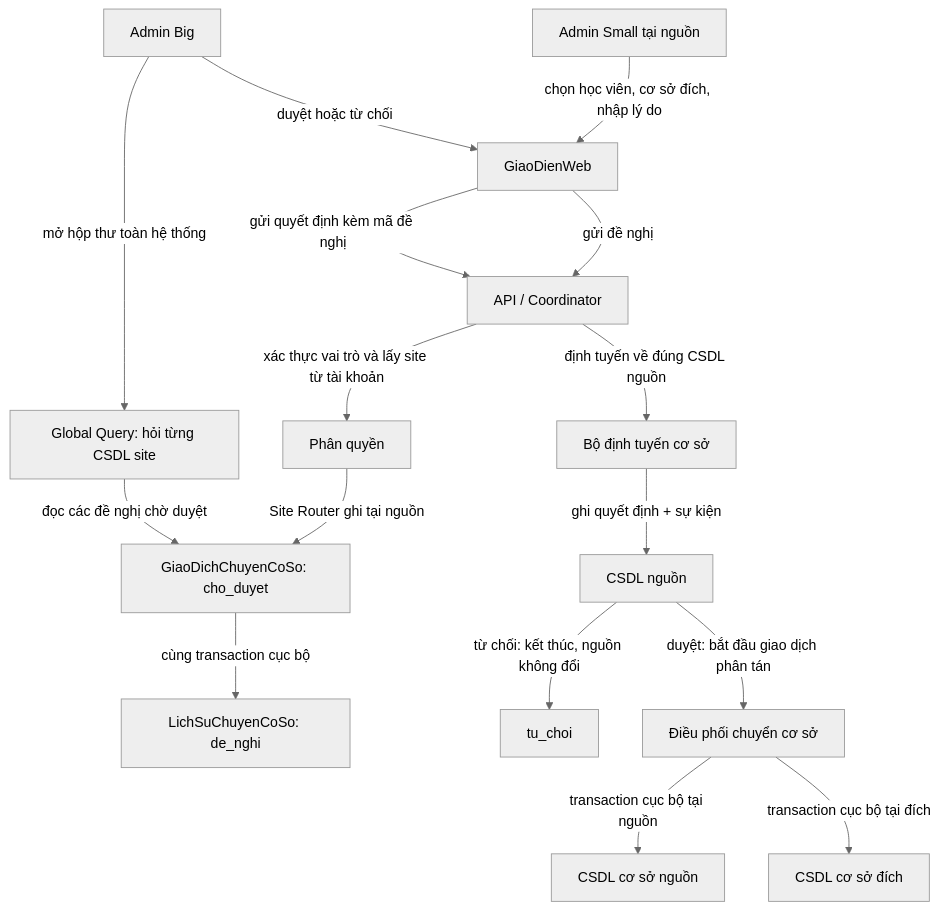
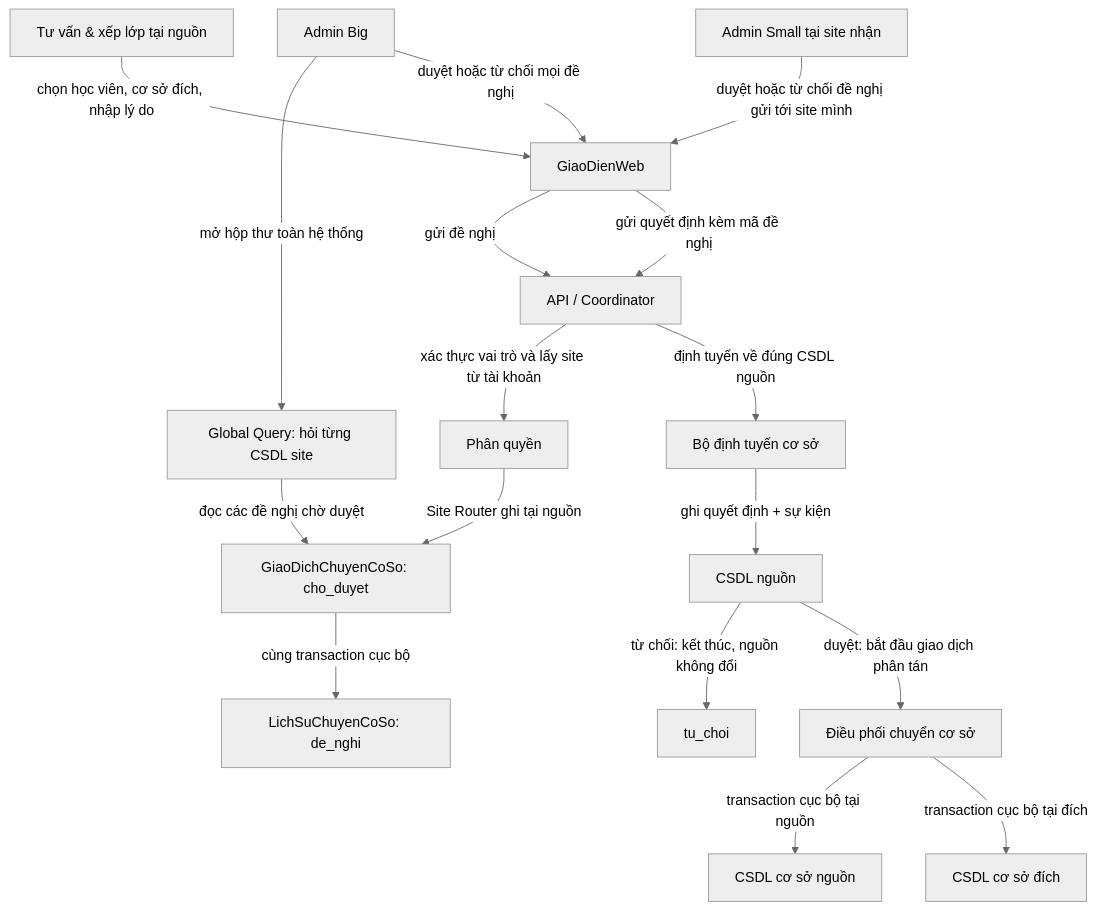
Diagram 12 of 23 in README.md (Quochieu2005/language-center-management), drawn with Mermaid (neutral theme) before and after one commit. The commit also changed other lines of this file and 26 other files, not shown here.

````diff
--- a/README.md
+++ b/README.md
@@ -381,18 +391,19 @@
 ```mermaid
 flowchart TD
-    Admin_Small["Admin Small tại nguồn"] -->|chọn học viên, cơ sở đích, nhập lý do| GiaoDienWeb["GiaoDienWeb"]
+    NguoiDeNghi["Tư vấn & xếp lớp tại nguồn"] -->|chọn học viên, cơ sở đích, nhập lý do| GiaoDienWeb["GiaoDienWeb"]
     GiaoDienWeb -->|gửi đề nghị| API["API / Coordinator"]
     API -->|xác thực vai trò và lấy site từ tài khoản| PhanQuyen["Phân quyền"]
     PhanQuyen -->|Site Router ghi tại nguồn| DeNghi["GiaoDichChuyenCoSo: cho_duyet"]
     DeNghi -->|cùng transaction cục bộ| SuKienDeNghi["LichSuChuyenCoSo: de_nghi"]
     Admin_Big["Admin Big"] -->|mở hộp thư toàn hệ thống| TruyVanToanCuc["Global Query: hỏi từng CSDL site"]
     TruyVanToanCuc -->|đọc các đề nghị chờ duyệt| DeNghi
-    Admin_Big -->|duyệt hoặc từ chối| GiaoDienWeb
+    Admin_Big -->|duyệt hoặc từ chối mọi đề nghị| GiaoDienWeb
+    Admin_Small["Admin Small tại site nhận"] -->|duyệt hoặc từ chối đề nghị gửi tới site mình| GiaoDienWeb
     GiaoDienWeb -->|gửi quyết định kèm mã đề nghị| API
     API -->|định tuyến về đúng CSDL nguồn| SiteRouter["Bộ định tuyến cơ sở"]
     SiteRouter -->|ghi quyết định + sự kiện| QuyetDinh["CSDL nguồn"]
     QuyetDinh -->|từ chối: kết thúc, nguồn không đổi| TuChoi["tu_choi"]
     QuyetDinh -->|duyệt: bắt đầu giao dịch phân tán| DieuPhoiChuyenCoSo["Điều phối chuyển cơ sở"]
     DieuPhoiChuyenCoSo -->|transaction cục bộ tại nguồn| CoSoNguon["CSDL cơ sở nguồn"]
     DieuPhoiChuyenCoSo -->|transaction cục bộ tại đích| CoSoDich["CSDL cơ sở đích"]
 ```
````
